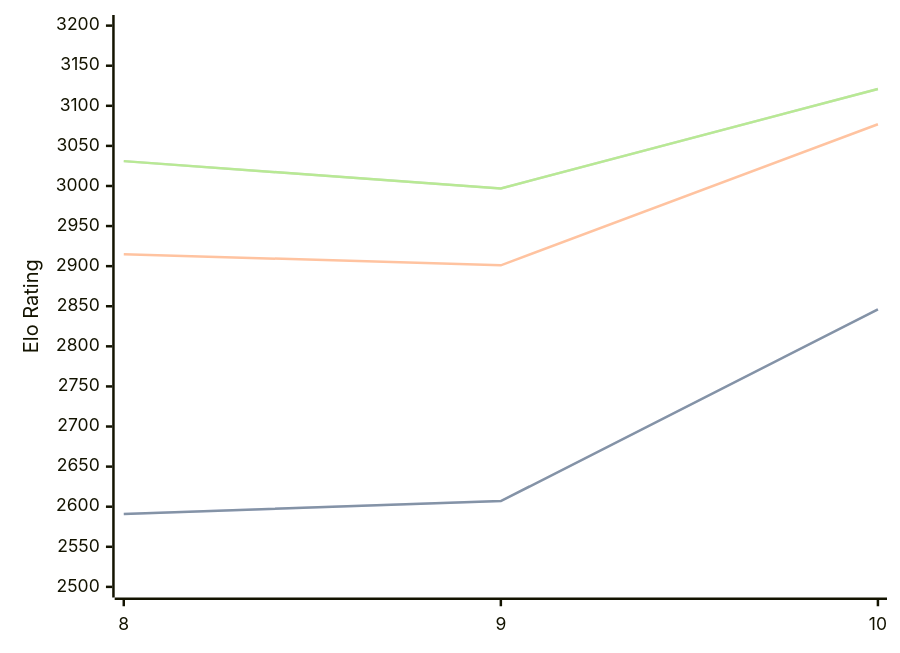
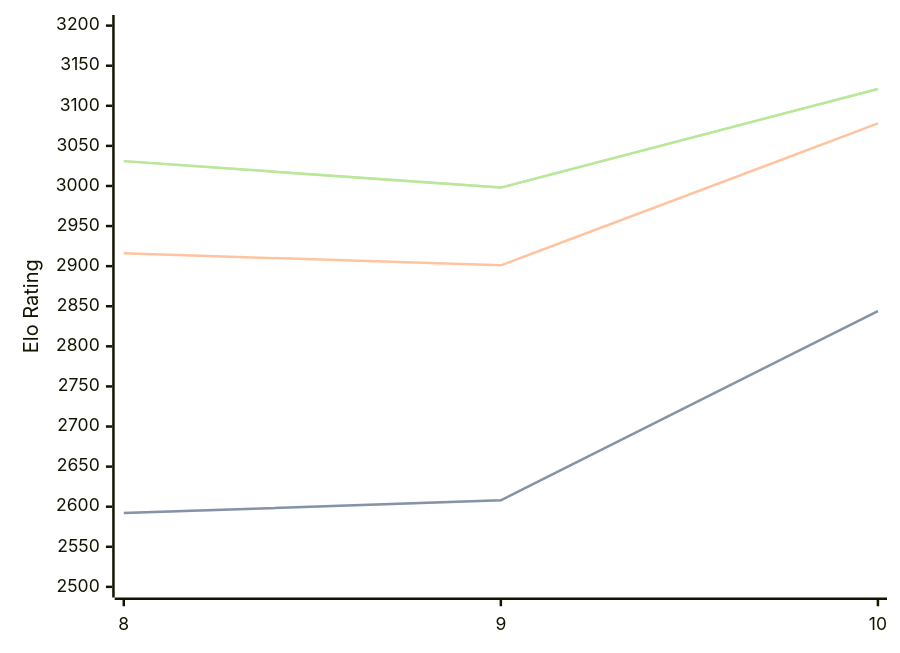
One commit to computer-chess-index/cci changed the diagram in engines/Lozza.md. Above: the diagram before and after it, drawn with Mermaid. The commit also changed other lines of this file, not shown here.

Commit message:
Update CCI Ratings (ELO VLTC) - 2026-08-27

````diff
--- a/engines/Lozza.md
+++ b/engines/Lozza.md
@@ -33,11 +33,11 @@
 ```mermaid
 %%{init: {"theme":"base","themeVariables":{"seriesColors:['#a3a3a3','#222221','#faa371']}}}%%
 xychart-beta
   x-axis ["8", "9", "10"]
   y-axis "Elo Rating" 2500 --> 3200
-  line "STC (8.0+0.08s)" [2591, 2607, 2846]
-  line "STC (8.0+0.08s)" [2591, 2607, 2846]
-  line "LTC (60.0+0.60s)" [2915, 2901, 3077]
-  line "VLTC (2m24s+1.12s)" [3031, 2997, 3121]
-  line "VLTC (2m24s+1.12s)" [3031, 2997, 3121]
+  line "STC (8.0+0.08s)" [2592, 2608, 2844]
+  line "STC (8.0+0.08s)" [2592, 2608, 2844]
+  line "LTC (60.0+0.60s)" [2916, 2901, 3078]
+  line "VLTC (2m24s+1.12s)" [3031, 2998, 3121]
+  line "VLTC (2m24s+1.12s)" [3031, 2998, 3121]
 ```
````
